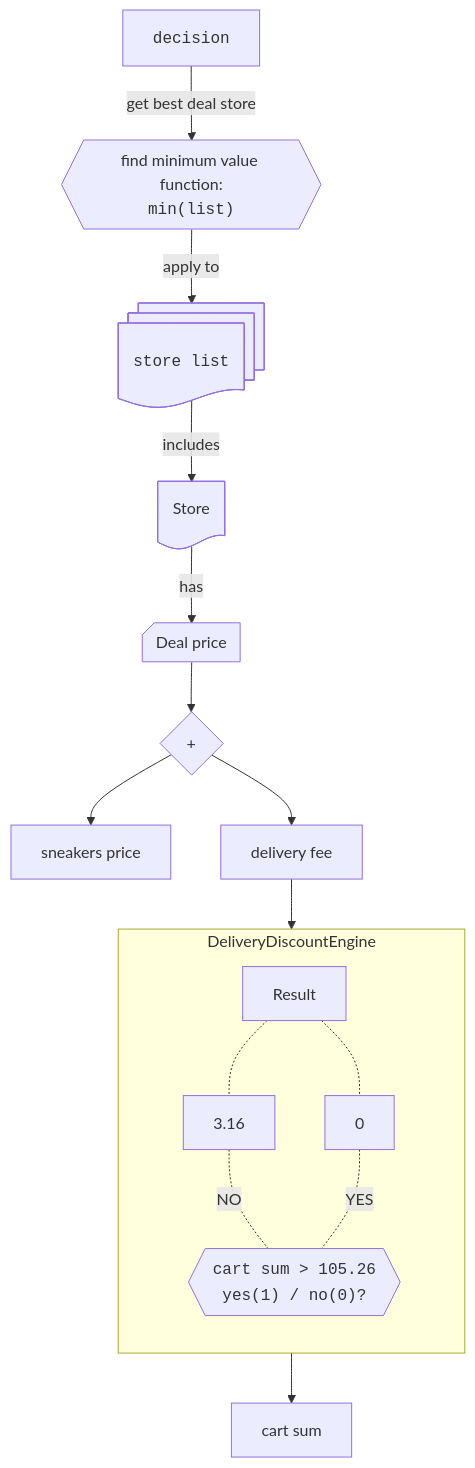
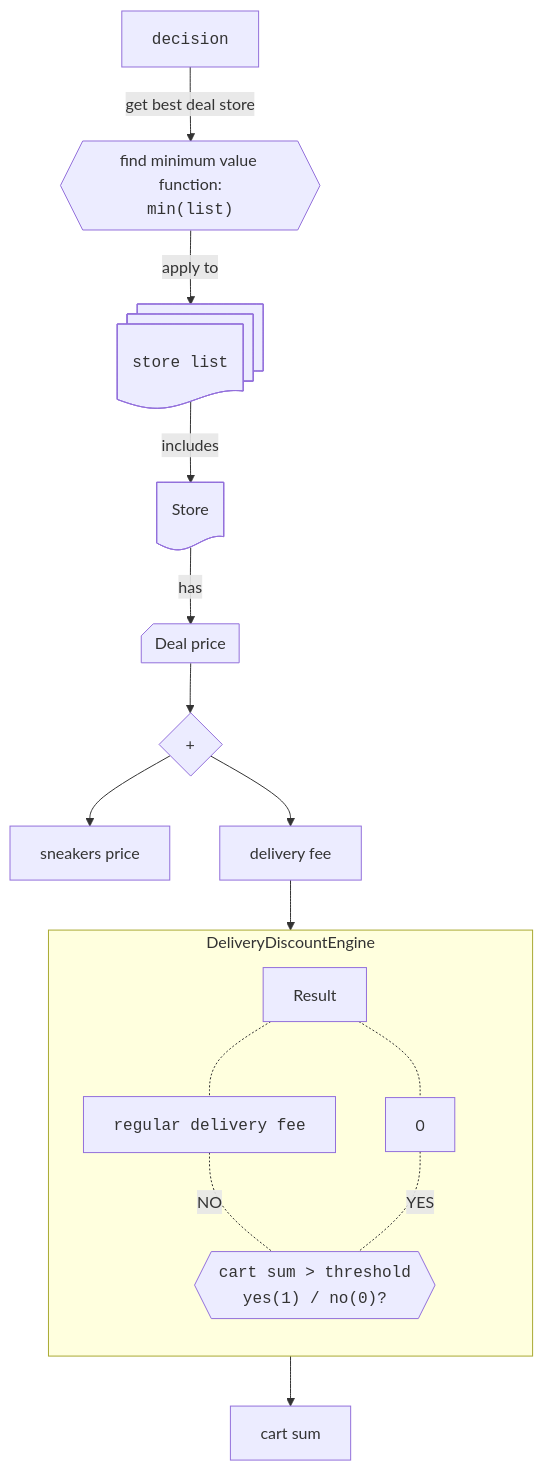
One commit to Walter462/Sneakers changed the tenth of 15 diagrams in README.md. Above: the diagram before and after it, drawn with Mermaid. The commit also changed other lines of this file, not shown here.

````diff
--- a/README.md
+++ b/README.md
@@ -469,34 +472,35 @@
 ```mermaid
 %%{ init : { "themeVariables": { "htmlLabels": true }}}%%
 graph TB
   decision@{shape: rect, label: "<code>decision</code>"}
   decision -->|get best deal store| minf
   minf@{shape: hex, label: "find minimum value function:\n <code>min(list)</code>"}
   minf -->|apply to| StoreList@{shape: docs, label: "<code>store list</code>"}
   StoreList --> |includes|Store@{shape: doc}
 
   Store@{shape: doc} --> |has|store1.deal_price@{shape: card, label: "<code>deal price</code>"}
 
   store1.deal_price@{shape: card, label: "Deal price"}
   store1.sum@{shape: diamond, label: " + "}
   store1.deal_price --> store1.sum  
   store1.sum --> store1.sneakers_price@{shape: rect, label: "sneakers price"}
   store1.sum --> store1.delivery_fee@{shape: rect, label: "delivery fee"}
   
   store1.delivery_fee --> Result
-    GT@{shape: hex, label: "<code>cart sum > 105.26 \n yes(1) / no(0)?</code>"}
+    GT@{shape: hex, label: "<code>cart sum > threshold\n yes(1) / no(0)?</code>"}
 
-    DeliveryFee@{shape: rect, label: "3.16"} -.-|NO| GT
+    DeliveryFee@{shape: rect, label: "<code>regular delivery fee</code>"} -.-|NO| GT
     DeliveryNull@{shape: rect, label: "0"} -.- |YES|GT
     Result
     Result -.- DeliveryFee 
     Result -.- DeliveryNull 
   subgraph DeliveryDiscountEngine
     direction TB
     Result
     DeliveryFee
     DeliveryNull
     GT
   end
 GT-->cart_sum@{shape: rect, label: "cart sum"}
+
 ```
````
